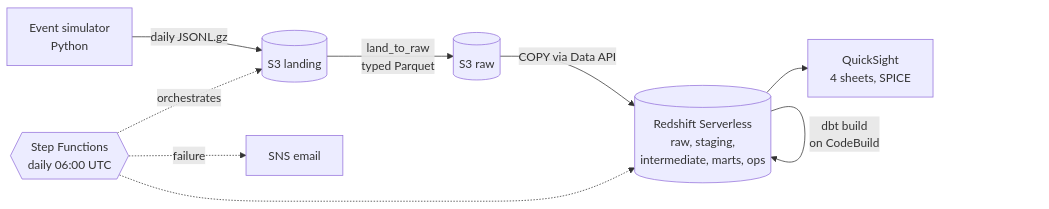
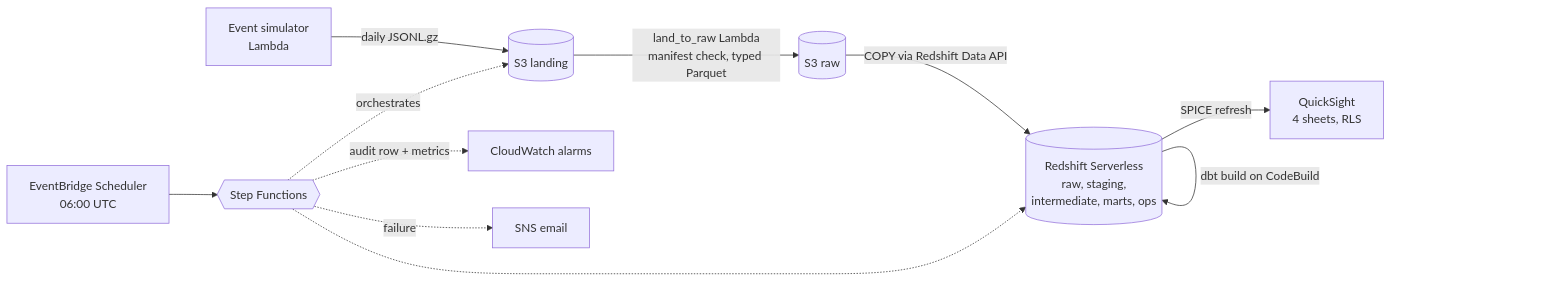
Before and after one commit to meetshah27/rack-delivery-pipeline: the first of 2 diagrams in README.md, drawn with Mermaid. The commit also changed other lines of this file, not shown here.

````diff
--- a/README.md
+++ b/README.md
@@ -18,11 +25,13 @@
 ```mermaid
 flowchart LR
-    sim[Event simulator<br/>Python] -->|daily JSONL.gz| landing[(S3 landing)]
-    landing -->|land_to_raw<br/>typed Parquet| raw[(S3 raw)]
-    raw -->|COPY via Data API| rs[(Redshift Serverless<br/>raw, staging,<br/>intermediate, marts, ops)]
-    rs -->|dbt build<br/>on CodeBuild| rs
-    rs --> qs[QuickSight<br/>4 sheets, SPICE]
-    sfn{{Step Functions<br/>daily 06:00 UTC}} -.orchestrates.-> landing
+    sim[Event simulator<br/>Lambda] -->|daily JSONL.gz| landing[(S3 landing)]
+    landing -->|land_to_raw Lambda<br/>manifest check, typed Parquet| raw[(S3 raw)]
+    raw -->|COPY via Redshift Data API| rs[(Redshift Serverless<br/>raw, staging,<br/>intermediate, marts, ops)]
+    rs -->|dbt build on CodeBuild| rs
+    rs -->|SPICE refresh| qs[QuickSight<br/>4 sheets, RLS]
+    eb[EventBridge Scheduler<br/>06:00 UTC] --> sfn{{Step Functions}}
+    sfn -.orchestrates.-> landing
     sfn -.-> rs
+    sfn -.audit row + metrics.-> cw[CloudWatch alarms]
     sfn -.failure.-> sns[SNS email]
 ```
````
